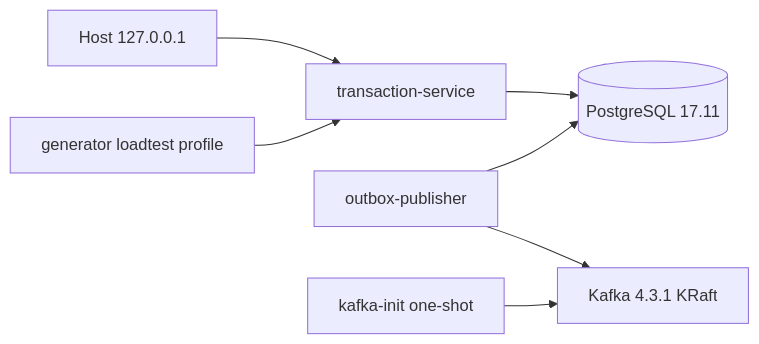
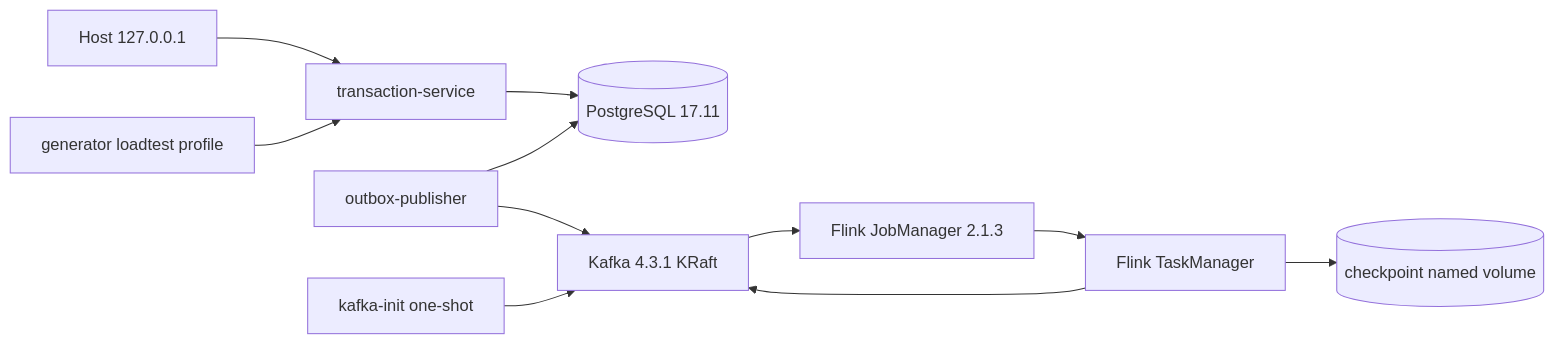
One commit to hquan07/java-banking-data-platform changed the third of 3 diagrams in docs/architecture.md. Above: the diagram before and after it, drawn with Mermaid. The commit also changed other lines of this file and 44 other files, not shown here.

````diff
--- a/docs/architecture.md
+++ b/docs/architecture.md
@@ -72,9 +72,13 @@
 ```mermaid
 flowchart LR
     HOST[Host 127.0.0.1] --> API[transaction-service]
     API --> PG[(PostgreSQL 17.11)]
     PUB[outbox-publisher] --> PG
     PUB --> K[Kafka 4.3.1 KRaft]
     INIT[kafka-init one-shot] --> K
     GEN[generator loadtest profile] --> API
+    K --> JM[Flink JobManager 2.1.3]
+    JM --> TM[Flink TaskManager]
+    TM --> K
+    TM --> CP[(checkpoint named volume)]
 ```
````
